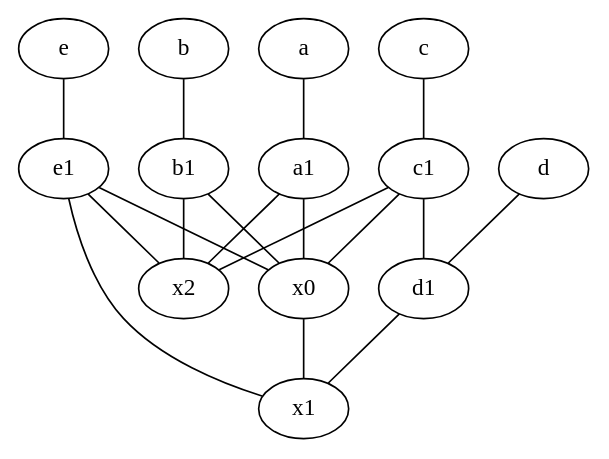
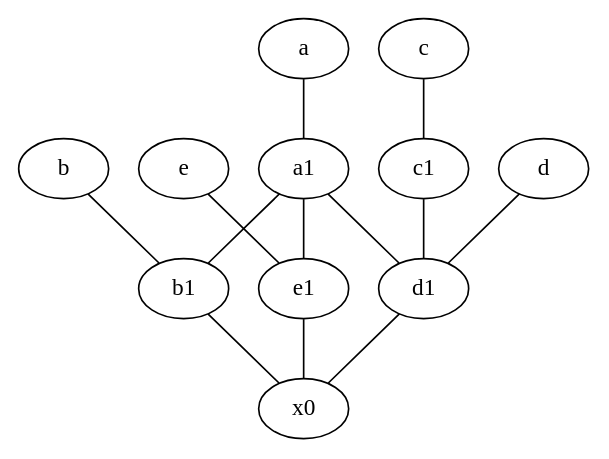
Before and after one commit to anisabnis/graph_inference: the diagram in results_distance/att/inf.dot, drawn with Graphviz. The commit also changed 156 other files, not shown here.

```diff
--- a/results_distance/att/inf.dot
+++ b/results_distance/att/inf.dot
@@ -1,33 +1,26 @@
 graph {
 	node [labelfontsize=50]
+	b1 [labelfontsize=50 pos="9,4!"]
+	d [labelfontsize=50 pos="2,5!"]
+	c1 [labelfontsize=50 pos="4.5,3!"]
 	e1 [labelfontsize=50 pos="7,7!"]
+	a [labelfontsize=50 pos="8,2!"]
+	x0 [labelfontsize=50]
 	d1 [labelfontsize=50 pos="3,5!"]
-	a [labelfontsize=50 pos="8,2!"]
-	c1 [labelfontsize=50 pos="4.5,3!"]
-	x0 [labelfontsize=50]
-	x2 [labelfontsize=50]
 	b [labelfontsize=50 pos="10,4!"]
 	e [labelfontsize=50 pos="7,9!"]
-	d [labelfontsize=50 pos="2,5!"]
-	x1 [labelfontsize=50]
-	b1 [labelfontsize=50 pos="9,4!"]
 	a1 [labelfontsize=50 pos="8,3!"]
 	c [labelfontsize=50 pos="4.5,2!"]
+	b -- b1
+	a1 -- b1
+	a -- a1
 	c -- c1
-	e1 -- x1
+	d -- d1
 	b1 -- x0
-	e1 -- x2
-	b1 -- x2
+	e1 -- x0
 	e -- e1
-	e1 -- x0
-	b -- b1
-	d -- d1
+	d1 -- x0
 	c1 -- d1
-	a1 -- x2
-	a1 -- x0
-	d1 -- x1
-	c1 -- x0
-	a -- a1
-	c1 -- x2
-	x0 -- x1
+	a1 -- d1
+	a1 -- e1
 }
```
